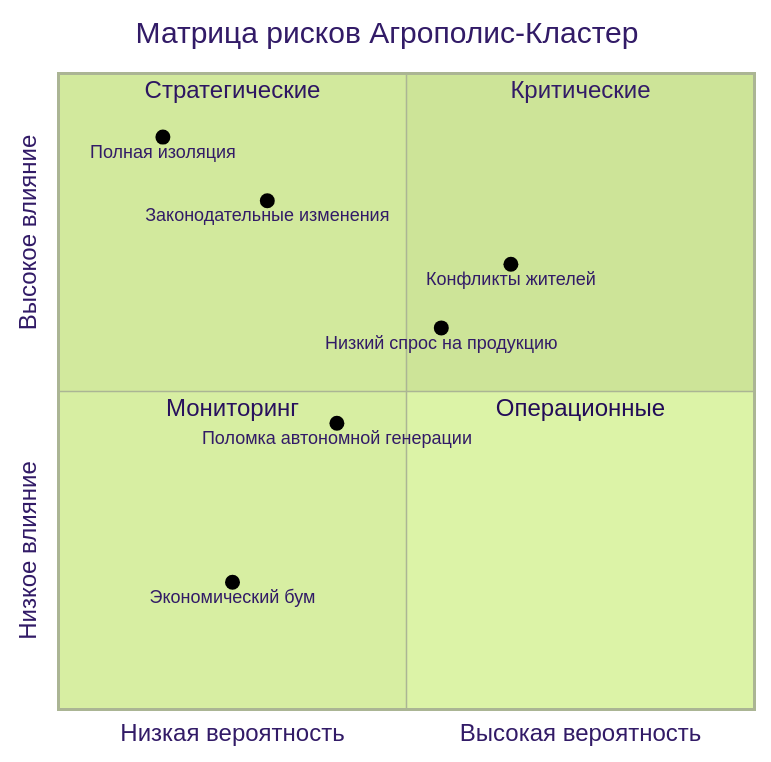
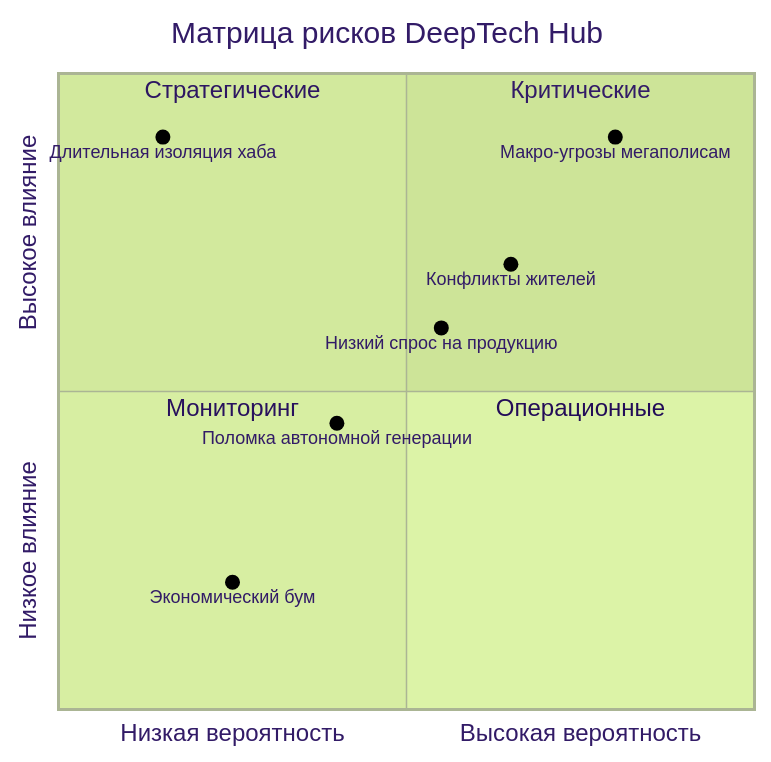
Before and after one commit to NeuroLoft/NEURO-ESTATE: the first of 2 diagrams in ТЭО_Родовое_Поместье_Кейс/ТЭО_Родовое_Поместье_Раздел_10_Риски_и_пути_их_минимизации.md, drawn with Mermaid (forest theme). The commit also changed other lines of this file and 30 other files, not shown here.

````diff
--- a/ТЭО_Родовое_Поместье_Кейс/ТЭО_Родовое_Поместье_Раздел_10_Риски_и_пути_их_минимизации.md
+++ b/ТЭО_Родовое_Поместье_Кейс/ТЭО_Родовое_Поместье_Раздел_10_Риски_и_пути_их_минимизации.md
@@ -36,16 +48,16 @@
 ```mermaid
 quadrantChart
-    title Матрица рисков Агрополис-Кластер
+    title Матрица рисков DeepTech Hub
     x-axis "Низкая вероятность" --> "Высокая вероятность"
     y-axis "Низкое влияние" --> "Высокое влияние"
     quadrant-1 "Критические"
     quadrant-2 "Стратегические"
     quadrant-3 "Мониторинг"
     quadrant-4 "Операционные"
     "Низкий спрос на продукцию": [0.55, 0.60]
     "Конфликты жителей": [0.65, 0.70]
     "Поломка автономной генерации": [0.40, 0.45]
-    "Законодательные изменения": [0.30, 0.80]
-    "Полная изоляция": [0.15, 0.90]
+    "Макро-угрозы мегаполисам": [0.80, 0.90]
+    "Длительная изоляция хаба": [0.15, 0.90]
     "Экономический бум": [0.25, 0.20]
 ```
````
